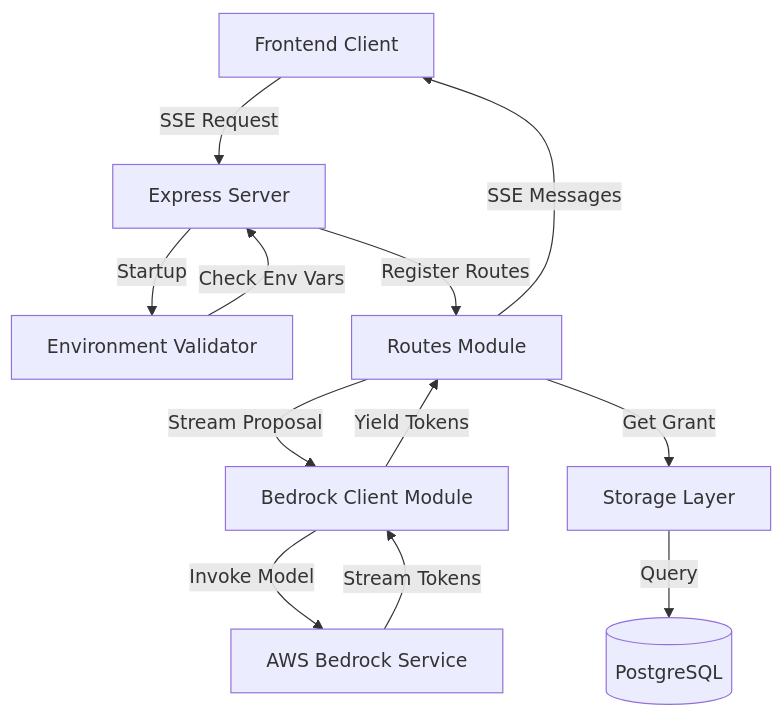
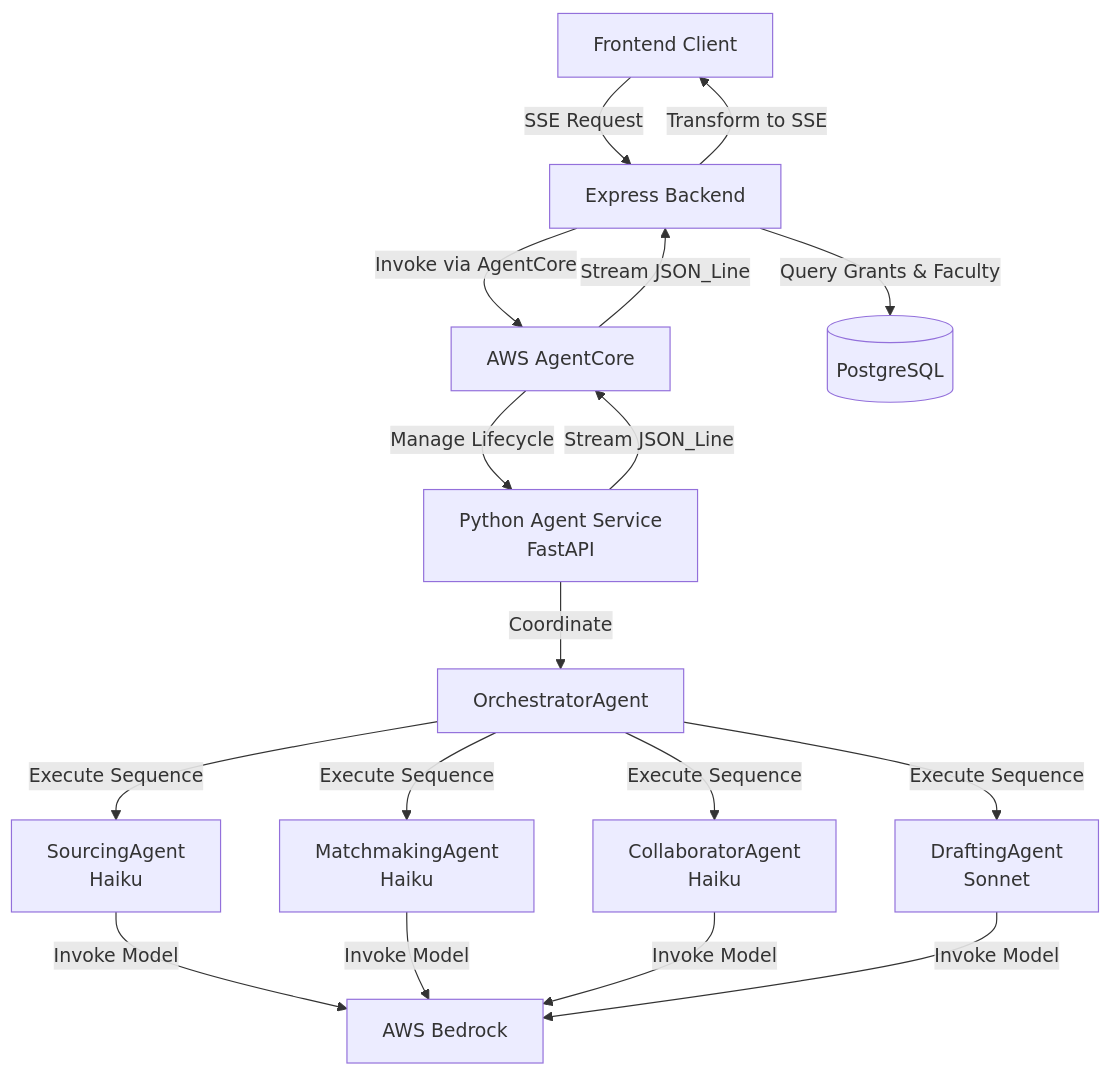
One commit to alex-hsieh/personalFundingForge changed the first of 3 diagrams in .kiro/specs/aws-bedrock-backend-integration/design.md. Above: the diagram before and after it, drawn with Mermaid. The commit also changed other lines of this file and 2 other files, not shown here.

Commit message:
set up foundation for the project by establishing the core requirements

````diff
--- a/.kiro/specs/aws-bedrock-backend-integration/design.md
+++ b/.kiro/specs/aws-bedrock-backend-integration/design.md
@@ -18,23 +20,31 @@
 ```mermaid
 graph TB
     Client[Frontend Client]
-    Express[Express Server]
-    Validator[Environment Validator]
-    Routes[Routes Module]
-    Bedrock[Bedrock Client Module]
-    Storage[Storage Layer]
-    AWS[AWS Bedrock Service]
+    Express[Express Backend]
+    AgentCore[AWS AgentCore]
+    AgentService[Python Agent Service<br/>FastAPI]
+    Orchestrator[OrchestratorAgent]
+    Sourcing[SourcingAgent<br/>Haiku]
+    Matching[MatchmakingAgent<br/>Haiku]
+    Collab[CollaboratorAgent<br/>Haiku]
+    Drafting[DraftingAgent<br/>Sonnet]
     DB[(PostgreSQL)]
+    Bedrock[AWS Bedrock]
 
     Client -->|SSE Request| Express
-    Express -->|Startup| Validator
-    Validator -->|Check Env Vars| Express
-    Express -->|Register Routes| Routes
-    Routes -->|Stream Proposal| Bedrock
-    Routes -->|Get Grant| Storage
-    Storage -->|Query| DB
-    Bedrock -->|Invoke Model| AWS
-    AWS -->|Stream Tokens| Bedrock
-    Bedrock -->|Yield Tokens| Routes
-    Routes -->|SSE Messages| Client
+    Express -->|Query Grants & Faculty| DB
+    Express -->|Invoke via AgentCore| AgentCore
+    AgentCore -->|Manage Lifecycle| AgentService
+    AgentService -->|Coordinate| Orchestrator
+    Orchestrator -->|Execute Sequence| Sourcing
+    Orchestrator -->|Execute Sequence| Matching
+    Orchestrator -->|Execute Sequence| Collab
+    Orchestrator -->|Execute Sequence| Drafting
+    Sourcing -->|Invoke Model| Bedrock
+    Matching -->|Invoke Model| Bedrock
+    Collab -->|Invoke Model| Bedrock
+    Drafting -->|Invoke Model| Bedrock
+    AgentService -->|Stream JSON_Line| AgentCore
+    AgentCore -->|Stream JSON_Line| Express
+    Express -->|Transform to SSE| Client
 ```
````
